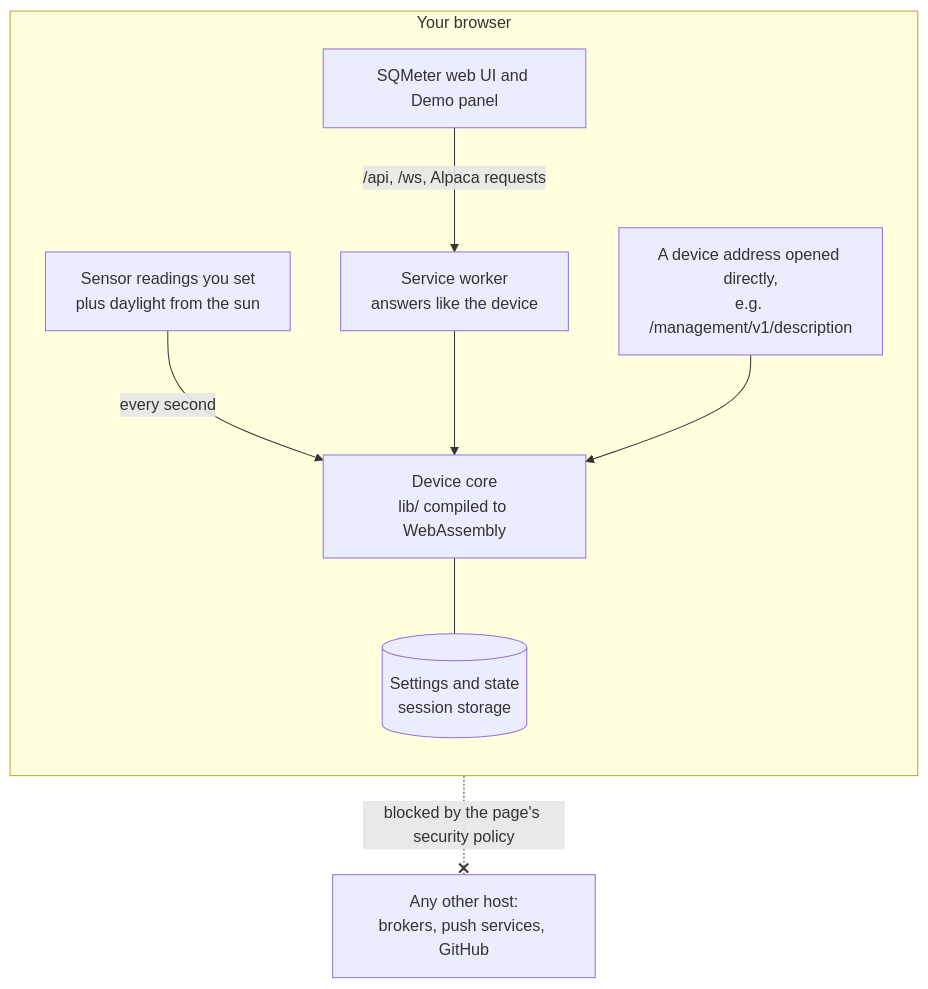
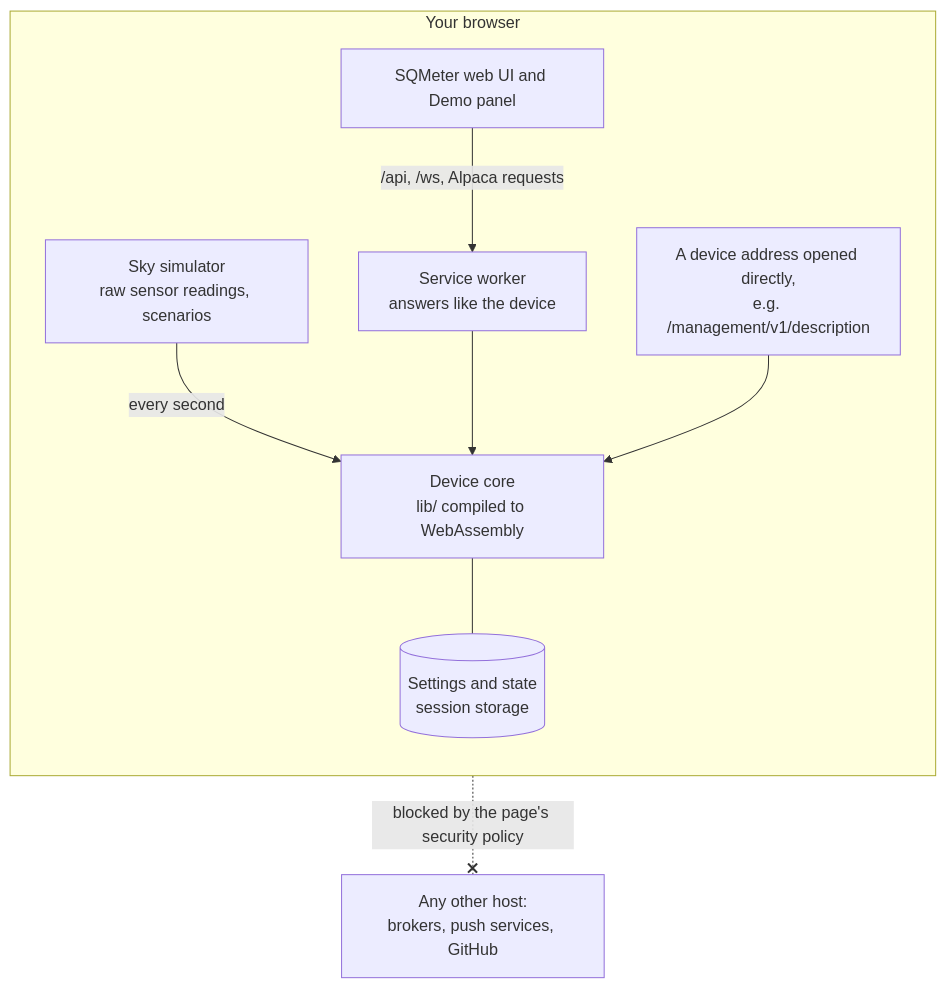
The diagram in docs/live-demo.md (DeanJ87/SQMeter), drawn with Mermaid before and after one commit. The commit also changed other lines of this file and 75 other files, not shown here.

````diff
--- a/docs/live-demo.md
+++ b/docs/live-demo.md
@@ -137,14 +74,14 @@
 ```mermaid
 flowchart TB
     accTitle: How the demo works
-    accDescr: Everything runs in your browser. The sensor readings you set in the Demo panel, with daylight from the sun at the device's clock and place, feed the device core, the firmware's own logic compiled to WebAssembly, once a second. A service worker answers the web UI's requests from that core, and device addresses opened directly are answered the same way. The page's security policy blocks every other host.
+    accDescr: Everything runs in your browser. The sky simulator invents raw sensor readings and feeds the device core, the firmware's own logic compiled to WebAssembly, once a second. A service worker answers the web UI's requests from that core, and device addresses opened directly are answered the same way. The page's security policy blocks every other host.
     subgraph browser["Your browser"]
         direction TB
-        SIM["Sensor readings you set<br/>plus daylight from the sun"] -->|every second| CORE["Device core<br/>lib/ compiled to WebAssembly"]
+        SIM["Sky simulator<br/>raw sensor readings, scenarios"] -->|every second| CORE["Device core<br/>lib/ compiled to WebAssembly"]
         CORE --- STORE[("Settings and state<br/>session storage")]
         UI["SQMeter web UI and Demo panel"] -->|"/api, /ws, Alpaca requests"| SW["Service worker<br/>answers like the device"]
         SW --> CORE
         DIRECT["A device address opened directly,<br/>e.g. /management/v1/description"] --> CORE
     end
     browser -.-x|blocked by the page's security policy| OUTSIDE["Any other host:<br/>brokers, push services, GitHub"]
 ```
````
